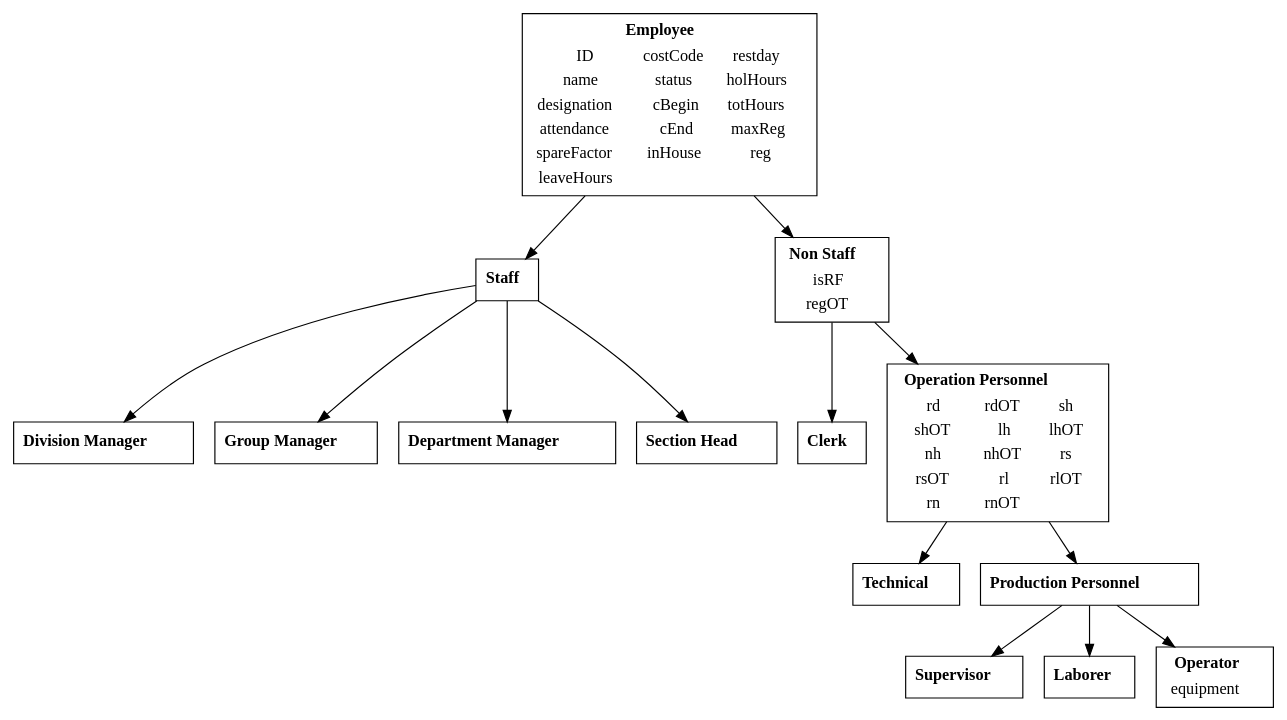
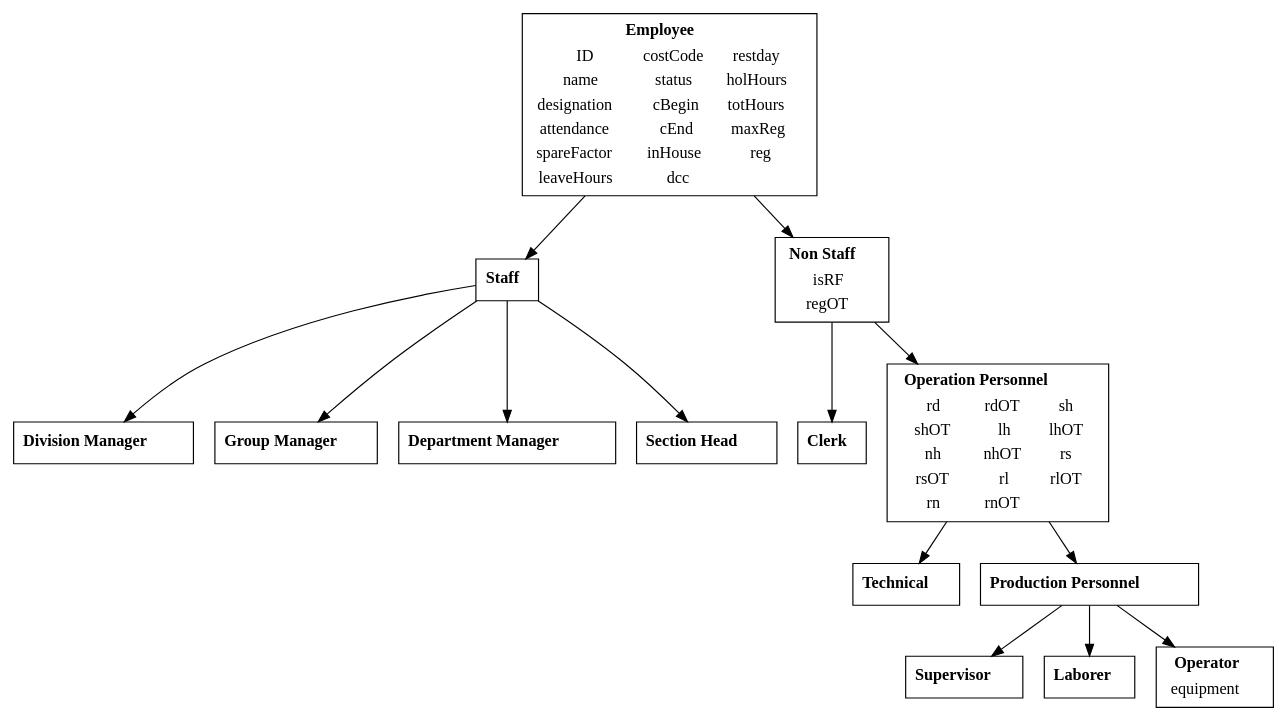
The diagram in vignettes/class.Rmd (basilrabi/mansched), drawn with Graphviz before and after one commit. The commit also changed 17 other files, not shown here.

```diff
--- a/vignettes/class.Rmd
+++ b/vignettes/class.Rmd
@@ -48,7 +48,7 @@
   </TR>
   <TR>
     <TD>leaveHours</TD>
-    <TD></TD>
+    <TD>dcc</TD>
     <TD></TD>
   </TR>
 </TABLE>>]
```
